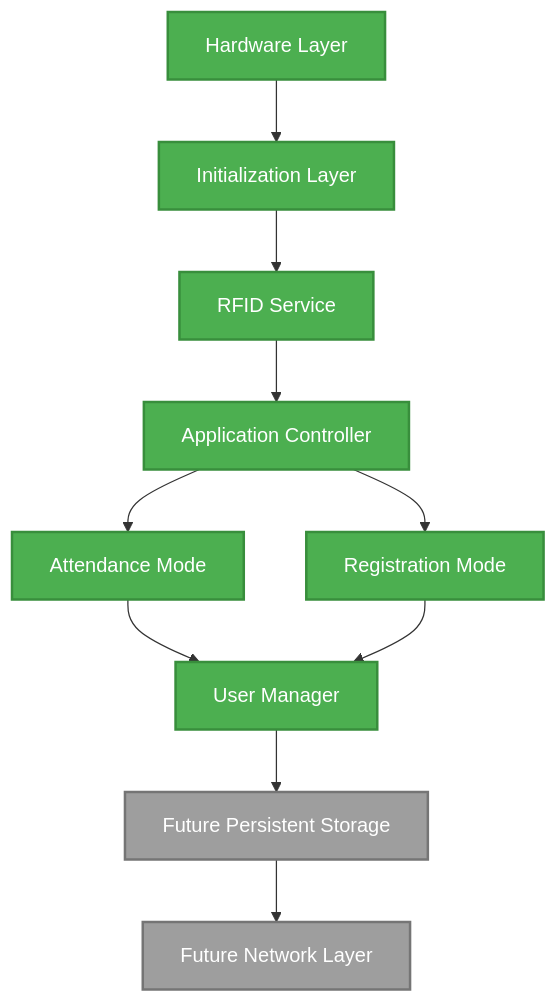
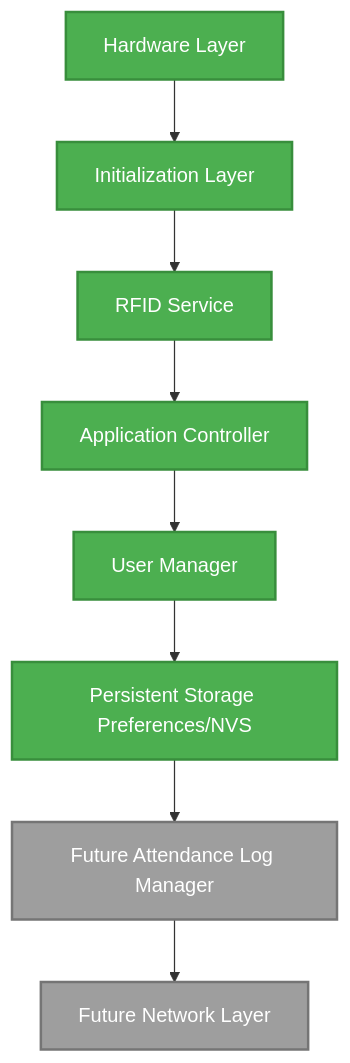
The diagram in README.md (Ayaan1911/ESP32-RFID-Attendance-System), drawn with Mermaid before and after one commit. The commit also changed other lines of this file and 3 other files, not shown here.

Commit message:
Implement persistent user storage with Preferences

````diff
--- a/README.md
+++ b/README.md
@@ -56,22 +57,19 @@
 ```mermaid
 graph TD
     A[Hardware Layer] --> B[Initialization Layer]
     B --> C[RFID Service]
     C --> D[Application Controller]
-    D --> E[Attendance Mode]
-    D --> F[Registration Mode]
-    E --> G[User Manager]
-    F --> G
-    G --> H[Future Persistent Storage]
-    H --> I[Future Network Layer]
+    D --> E[User Manager]
+    E --> F[Persistent Storage Preferences/NVS]
+    F --> G[Future Attendance Log Manager]
+    G --> H[Future Network Layer]
 
     style A fill:#4CAF50,stroke:#388E3C,stroke-width:2px,color:#fff
     style B fill:#4CAF50,stroke:#388E3C,stroke-width:2px,color:#fff
     style C fill:#4CAF50,stroke:#388E3C,stroke-width:2px,color:#fff
     style D fill:#4CAF50,stroke:#388E3C,stroke-width:2px,color:#fff
     style E fill:#4CAF50,stroke:#388E3C,stroke-width:2px,color:#fff
     style F fill:#4CAF50,stroke:#388E3C,stroke-width:2px,color:#fff
-    style G fill:#4CAF50,stroke:#388E3C,stroke-width:2px,color:#fff
+    style G fill:#9E9E9E,stroke:#757575,stroke-width:2px,color:#fff
     style H fill:#9E9E9E,stroke:#757575,stroke-width:2px,color:#fff
-    style I fill:#9E9E9E,stroke:#757575,stroke-width:2px,color:#fff
 ```
````
